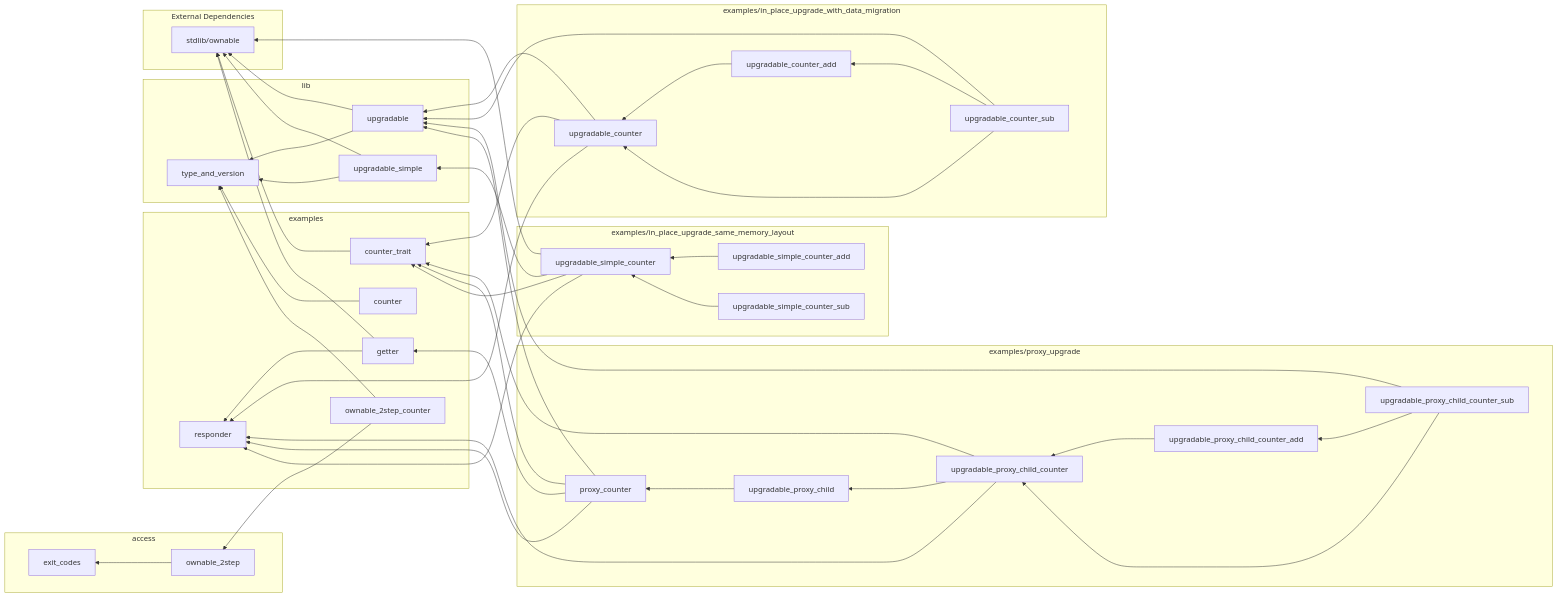
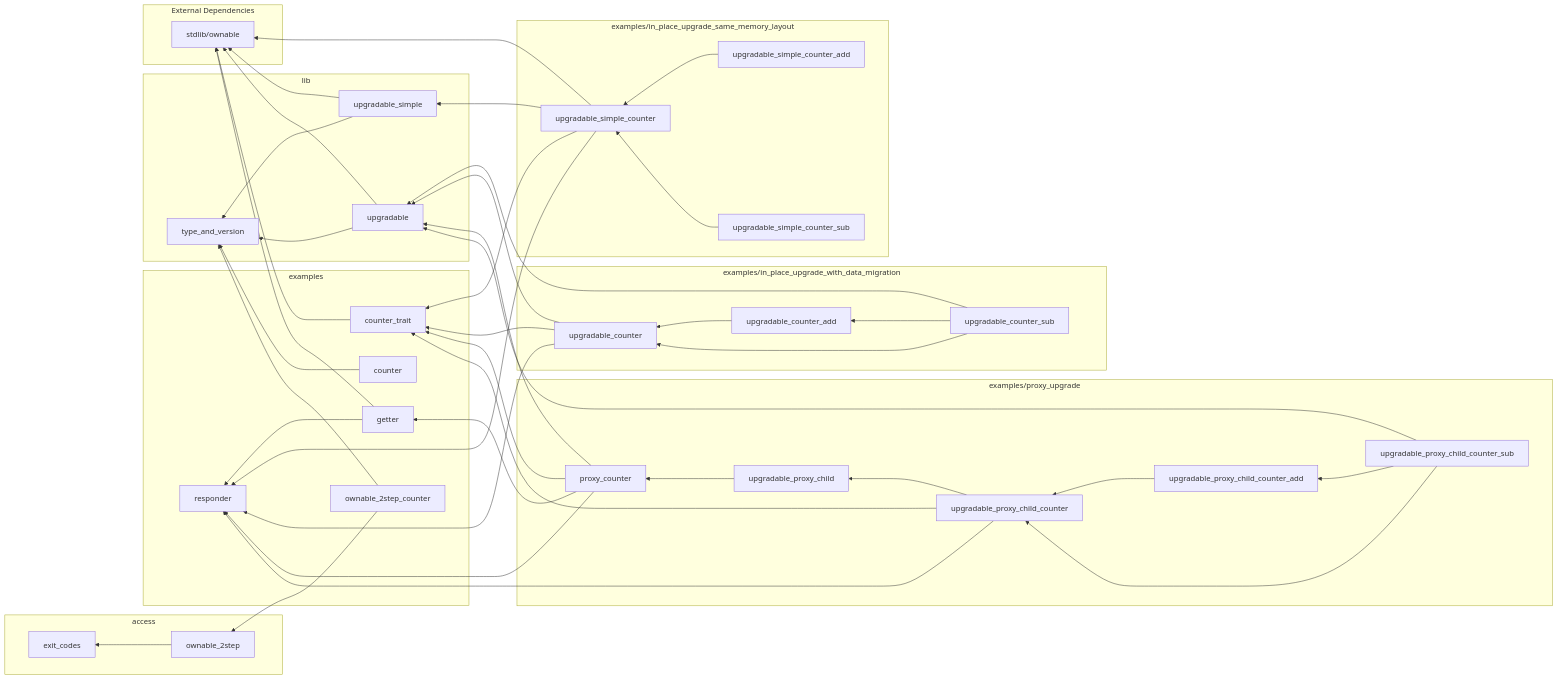
One commit to smartcontractkit/chainlink-ton changed the diagram in contracts/generated/dependencies.md. Above: the diagram before and after it, drawn with Mermaid. The commit also changed other lines of this file and 1 other file, not shown here.

Commit message:
fix: make graph deterministic by sorting lines

````diff
--- a/contracts/generated/dependencies.md
+++ b/contracts/generated/dependencies.md
@@ -3,80 +3,80 @@
 ```mermaid
 ---
 config:
   flowchart:
     rankSpacing: 100
 ---
 flowchart RL
     subgraph access[access]
         access__exit_codes_tact[exit_codes]
         access__ownable_2step_tact[ownable_2step]
     end
     subgraph examples[examples]
         examples__counter_tact[counter]
         examples__counter_trait_tact[counter_trait]
         examples__responder_tact[responder]
         examples__getter_tact[getter]
         examples__ownable_2step_counter_tact[ownable_2step_counter]
     end
     subgraph examples_in_place_upgrade_with_data_migration[examples/in_place_upgrade_with_data_migration]
         examples__in_place_upgrade_with_data_migration__upgradable_counter_add_tact[upgradable_counter_add]
         examples__in_place_upgrade_with_data_migration__upgradable_counter_tact[upgradable_counter]
         examples__in_place_upgrade_with_data_migration__upgradable_counter_sub_tact[upgradable_counter_sub]
     end
     subgraph examples_proxy_upgrade[examples/proxy_upgrade]
         examples__proxy_upgrade__upgradable_proxy_child_tact[upgradable_proxy_child]
         examples__proxy_upgrade__upgradable_proxy_child_counter_tact[upgradable_proxy_child_counter]
         examples__proxy_upgrade__upgradable_proxy_child_counter_add_tact[upgradable_proxy_child_counter_add]
         examples__proxy_upgrade__upgradable_proxy_child_counter_sub_tact[upgradable_proxy_child_counter_sub]
         examples__proxy_upgrade__proxy_counter_tact[proxy_counter]
     end
     subgraph examples_in_place_upgrade_same_memory_layout[examples/in_place_upgrade_same_memory_layout]
         examples__in_place_upgrade_same_memory_layout__upgradable_simple_counter_add_tact[upgradable_simple_counter_add]
         examples__in_place_upgrade_same_memory_layout__upgradable_simple_counter_tact[upgradable_simple_counter]
         examples__in_place_upgrade_same_memory_layout__upgradable_simple_counter_sub_tact[upgradable_simple_counter_sub]
     end
     subgraph lib[lib]
         lib__upgradable_tact[upgradable]
         lib__upgradable_simple_tact[upgradable_simple]
         lib__type_and_version_tact[type_and_version]
     end
     subgraph external[External Dependencies]
         ext_stdlib__ownable[stdlib/ownable]
     end
     access__ownable_2step_tact --> access__exit_codes_tact
     examples__counter_tact --> lib__type_and_version_tact
     examples__counter_trait_tact --> ext_stdlib__ownable
     examples__getter_tact --> examples__responder_tact
     examples__getter_tact --> ext_stdlib__ownable
+    examples__in_place_upgrade_same_memory_layout__upgradable_simple_counter_add_tact --> examples__in_place_upgrade_same_memory_layout__upgradable_simple_counter_tact
+    examples__in_place_upgrade_same_memory_layout__upgradable_simple_counter_sub_tact --> examples__in_place_upgrade_same_memory_layout__upgradable_simple_counter_tact
+    examples__in_place_upgrade_same_memory_layout__upgradable_simple_counter_tact --> lib__upgradable_simple_tact
+    examples__in_place_upgrade_same_memory_layout__upgradable_simple_counter_tact --> examples__counter_trait_tact
+    examples__in_place_upgrade_same_memory_layout__upgradable_simple_counter_tact --> examples__responder_tact
+    examples__in_place_upgrade_same_memory_layout__upgradable_simple_counter_tact --> ext_stdlib__ownable
+    examples__in_place_upgrade_with_data_migration__upgradable_counter_add_tact --> examples__in_place_upgrade_with_data_migration__upgradable_counter_tact
+    examples__in_place_upgrade_with_data_migration__upgradable_counter_sub_tact --> lib__upgradable_tact
+    examples__in_place_upgrade_with_data_migration__upgradable_counter_sub_tact --> examples__in_place_upgrade_with_data_migration__upgradable_counter_tact
+    examples__in_place_upgrade_with_data_migration__upgradable_counter_sub_tact --> examples__in_place_upgrade_with_data_migration__upgradable_counter_add_tact
+    examples__in_place_upgrade_with_data_migration__upgradable_counter_tact --> lib__upgradable_tact
+    examples__in_place_upgrade_with_data_migration__upgradable_counter_tact --> examples__counter_trait_tact
+    examples__in_place_upgrade_with_data_migration__upgradable_counter_tact --> examples__responder_tact
     examples__ownable_2step_counter_tact --> access__ownable_2step_tact
     examples__ownable_2step_counter_tact --> lib__type_and_version_tact
-    examples__in_place_upgrade_with_data_migration__upgradable_counter_add_tact --> examples__in_place_upgrade_with_data_migration__upgradable_counter_tact
-    examples__in_place_upgrade_with_data_migration__upgradable_counter_tact --> examples__counter_trait_tact
-    examples__in_place_upgrade_with_data_migration__upgradable_counter_tact --> examples__responder_tact
-    examples__in_place_upgrade_with_data_migration__upgradable_counter_tact --> lib__upgradable_tact
-    examples__in_place_upgrade_with_data_migration__upgradable_counter_sub_tact --> examples__in_place_upgrade_with_data_migration__upgradable_counter_tact
-    examples__in_place_upgrade_with_data_migration__upgradable_counter_sub_tact --> examples__in_place_upgrade_with_data_migration__upgradable_counter_add_tact
-    examples__in_place_upgrade_with_data_migration__upgradable_counter_sub_tact --> lib__upgradable_tact
-    examples__proxy_upgrade__upgradable_proxy_child_tact --> examples__proxy_upgrade__proxy_counter_tact
-    examples__proxy_upgrade__upgradable_proxy_child_counter_tact --> examples__responder_tact
-    examples__proxy_upgrade__upgradable_proxy_child_counter_tact --> examples__proxy_upgrade__upgradable_proxy_child_tact
-    examples__proxy_upgrade__upgradable_proxy_child_counter_tact --> examples__counter_trait_tact
-    examples__proxy_upgrade__upgradable_proxy_child_counter_add_tact --> examples__proxy_upgrade__upgradable_proxy_child_counter_tact
-    examples__proxy_upgrade__upgradable_proxy_child_counter_sub_tact --> examples__proxy_upgrade__upgradable_proxy_child_counter_add_tact
-    examples__proxy_upgrade__upgradable_proxy_child_counter_sub_tact --> examples__proxy_upgrade__upgradable_proxy_child_counter_tact
-    examples__proxy_upgrade__upgradable_proxy_child_counter_sub_tact --> lib__upgradable_tact
+    examples__proxy_upgrade__proxy_counter_tact --> lib__upgradable_tact
     examples__proxy_upgrade__proxy_counter_tact --> examples__counter_trait_tact
     examples__proxy_upgrade__proxy_counter_tact --> examples__getter_tact
     examples__proxy_upgrade__proxy_counter_tact --> examples__responder_tact
-    examples__proxy_upgrade__proxy_counter_tact --> lib__upgradable_tact
-    examples__in_place_upgrade_same_memory_layout__upgradable_simple_counter_add_tact --> examples__in_place_upgrade_same_memory_layout__upgradable_simple_counter_tact
-    examples__in_place_upgrade_same_memory_layout__upgradable_simple_counter_tact --> lib__upgradable_simple_tact
-    examples__in_place_upgrade_same_memory_layout__upgradable_simple_counter_tact --> examples__responder_tact
-    examples__in_place_upgrade_same_memory_layout__upgradable_simple_counter_tact --> ext_stdlib__ownable
-    examples__in_place_upgrade_same_memory_layout__upgradable_simple_counter_tact --> examples__counter_trait_tact
-    examples__in_place_upgrade_same_memory_layout__upgradable_simple_counter_sub_tact --> examples__in_place_upgrade_same_memory_layout__upgradable_simple_counter_tact
+    examples__proxy_upgrade__upgradable_proxy_child_counter_add_tact --> examples__proxy_upgrade__upgradable_proxy_child_counter_tact
+    examples__proxy_upgrade__upgradable_proxy_child_counter_sub_tact --> lib__upgradable_tact
+    examples__proxy_upgrade__upgradable_proxy_child_counter_sub_tact --> examples__proxy_upgrade__upgradable_proxy_child_counter_tact
+    examples__proxy_upgrade__upgradable_proxy_child_counter_sub_tact --> examples__proxy_upgrade__upgradable_proxy_child_counter_add_tact
+    examples__proxy_upgrade__upgradable_proxy_child_counter_tact --> examples__counter_trait_tact
+    examples__proxy_upgrade__upgradable_proxy_child_counter_tact --> examples__responder_tact
+    examples__proxy_upgrade__upgradable_proxy_child_counter_tact --> examples__proxy_upgrade__upgradable_proxy_child_tact
+    examples__proxy_upgrade__upgradable_proxy_child_tact --> examples__proxy_upgrade__proxy_counter_tact
+    lib__upgradable_simple_tact --> lib__type_and_version_tact
+    lib__upgradable_simple_tact --> ext_stdlib__ownable
     lib__upgradable_tact --> lib__type_and_version_tact
     lib__upgradable_tact --> ext_stdlib__ownable
-    lib__upgradable_simple_tact --> lib__type_and_version_tact
-    lib__upgradable_simple_tact --> ext_stdlib__ownable
 ```
````
